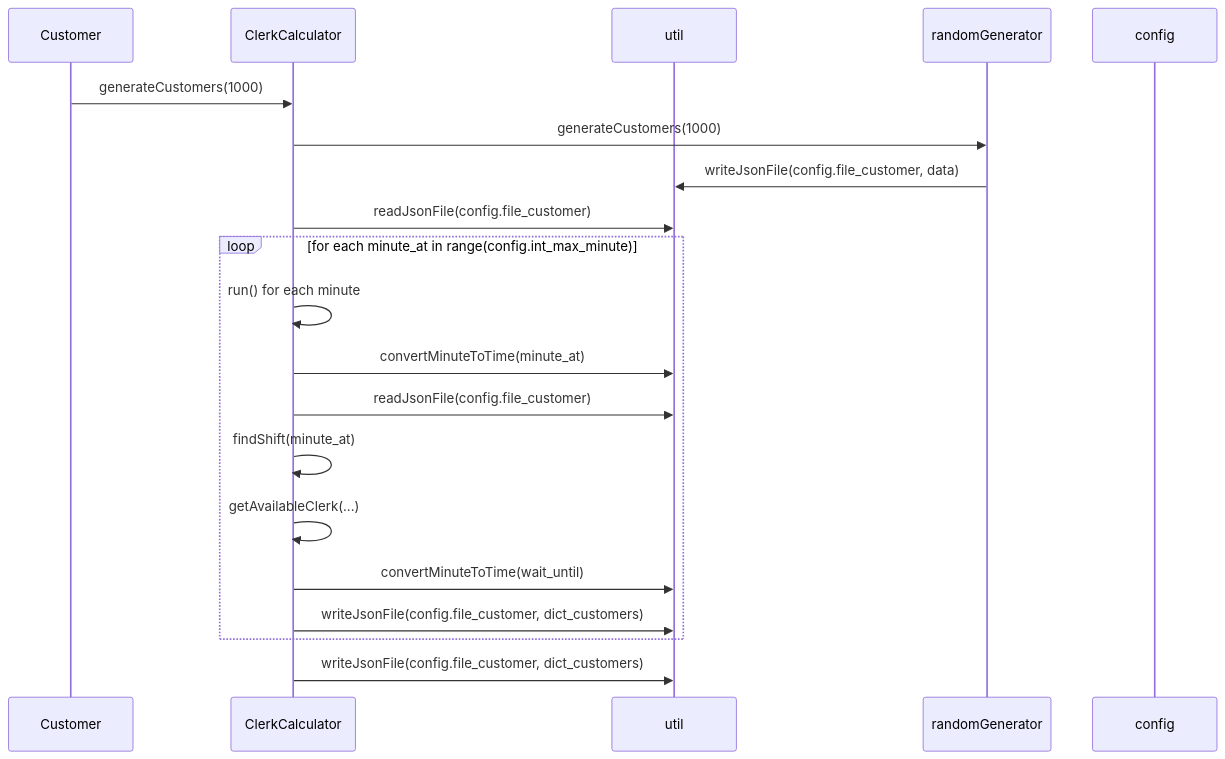
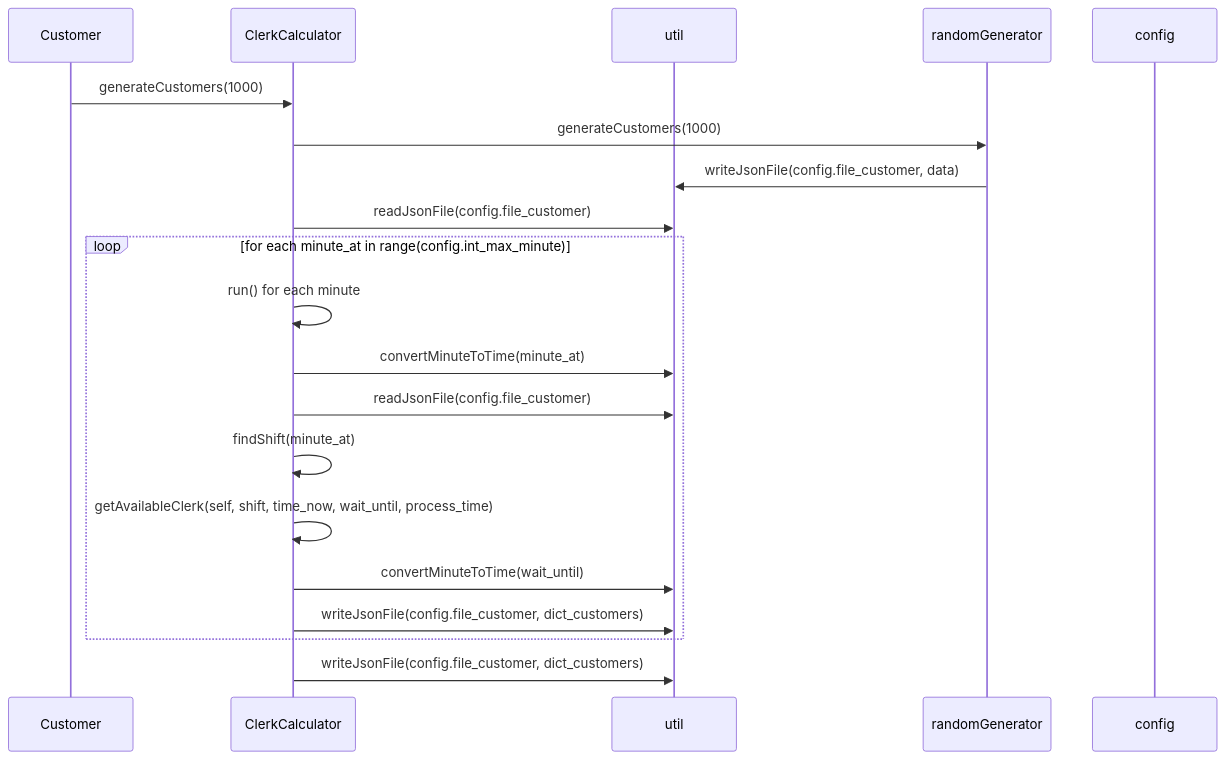
One commit to duhanguler/ceng303 changed the second of 2 diagrams in README.md. Above: the diagram before and after it, drawn with Mermaid.

Commit message:
Update README.md
Updated charts and graphs.

````diff
--- a/README.md
+++ b/README.md
@@ -136,24 +136,24 @@
 ```mermaid
 sequenceDiagram
   participant Customer
   participant ClerkCalculator
   participant util
   participant randomGenerator
   participant config
 
   Customer ->> ClerkCalculator: generateCustomers(1000)
   ClerkCalculator ->> randomGenerator: generateCustomers(1000)
   randomGenerator ->> util: writeJsonFile(config.file_customer, data)
   ClerkCalculator ->> util: readJsonFile(config.file_customer)
   loop for each minute_at in range(config.int_max_minute)
     ClerkCalculator ->> ClerkCalculator: run() for each minute
     ClerkCalculator ->> util: convertMinuteToTime(minute_at)
     ClerkCalculator ->> util: readJsonFile(config.file_customer)
     ClerkCalculator ->> ClerkCalculator: findShift(minute_at)
-    ClerkCalculator ->> ClerkCalculator: getAvailableClerk(...)
+    ClerkCalculator ->> ClerkCalculator: getAvailableClerk(self, shift, time_now, wait_until, process_time)
     ClerkCalculator ->> util: convertMinuteToTime(wait_until)
     ClerkCalculator ->> util: writeJsonFile(config.file_customer, dict_customers)
   end
   ClerkCalculator ->> util: writeJsonFile(config.file_customer, dict_customers)
 
 ```
````
